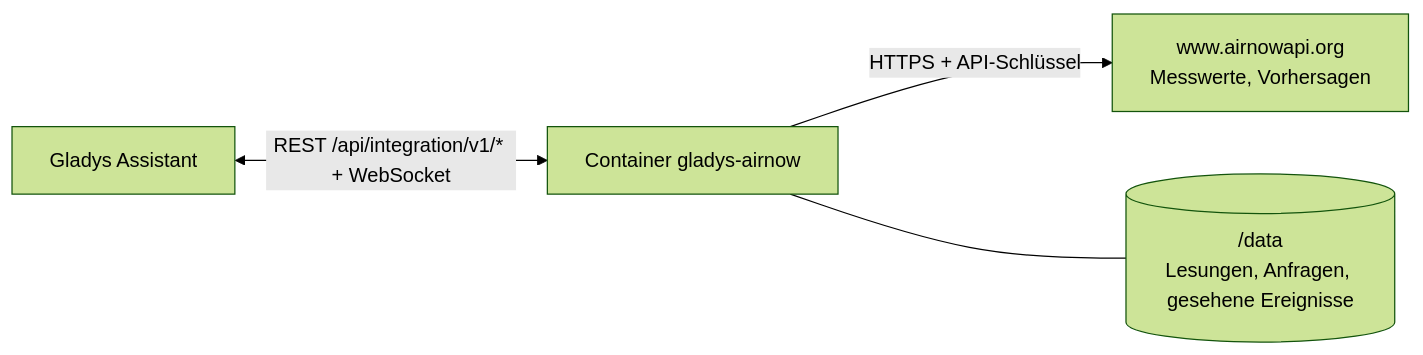
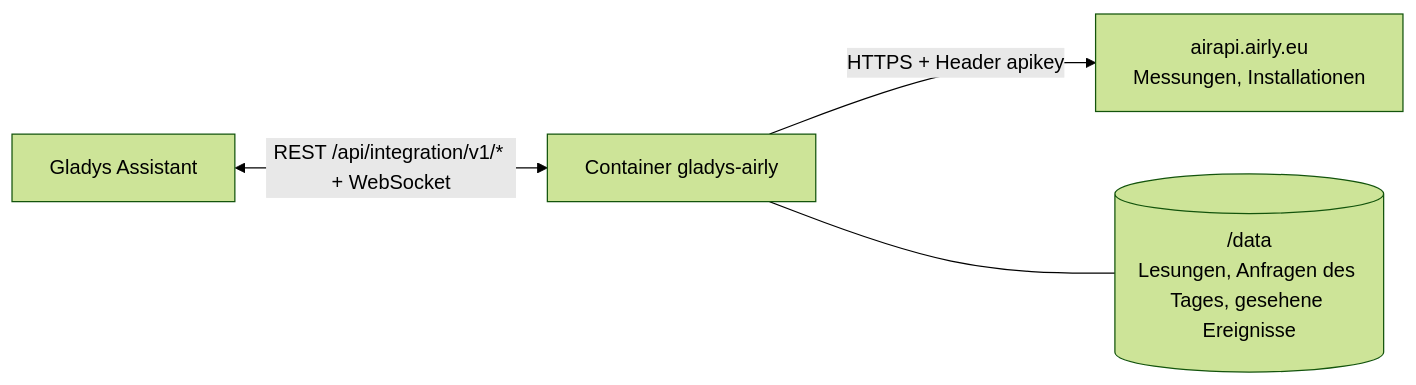
Before and after one commit to William-De71/gladys-airly: the first of 2 diagrams in README.de.md, drawn with Mermaid (forest theme). The commit also changed other lines of this file and 22 other files, not shown here.

First line of the commit message:
docs: document the Airly integration in four languages, with generated widget images

````diff
--- a/README.de.md
+++ b/README.de.md
@@ -27,6 +27,6 @@
 ```mermaid
 flowchart LR
-  G[Gladys Assistant] <-->|REST /api/integration/v1/* + WebSocket| I[Container gladys-airnow]
-  I -->|HTTPS + API-Schlüssel| A[www.airnowapi.org<br/>Messwerte, Vorhersagen]
-  I --- D[(/data<br/>Lesungen, Anfragen, gesehene Ereignisse)]
+  G[Gladys Assistant] <-->|REST /api/integration/v1/* + WebSocket| I[Container gladys-airly]
+  I -->|HTTPS + Header apikey| A[airapi.airly.eu<br/>Messungen, Installationen]
+  I --- D[(/data<br/>Lesungen, Anfragen des Tages, gesehene Ereignisse)]
 ```
````
